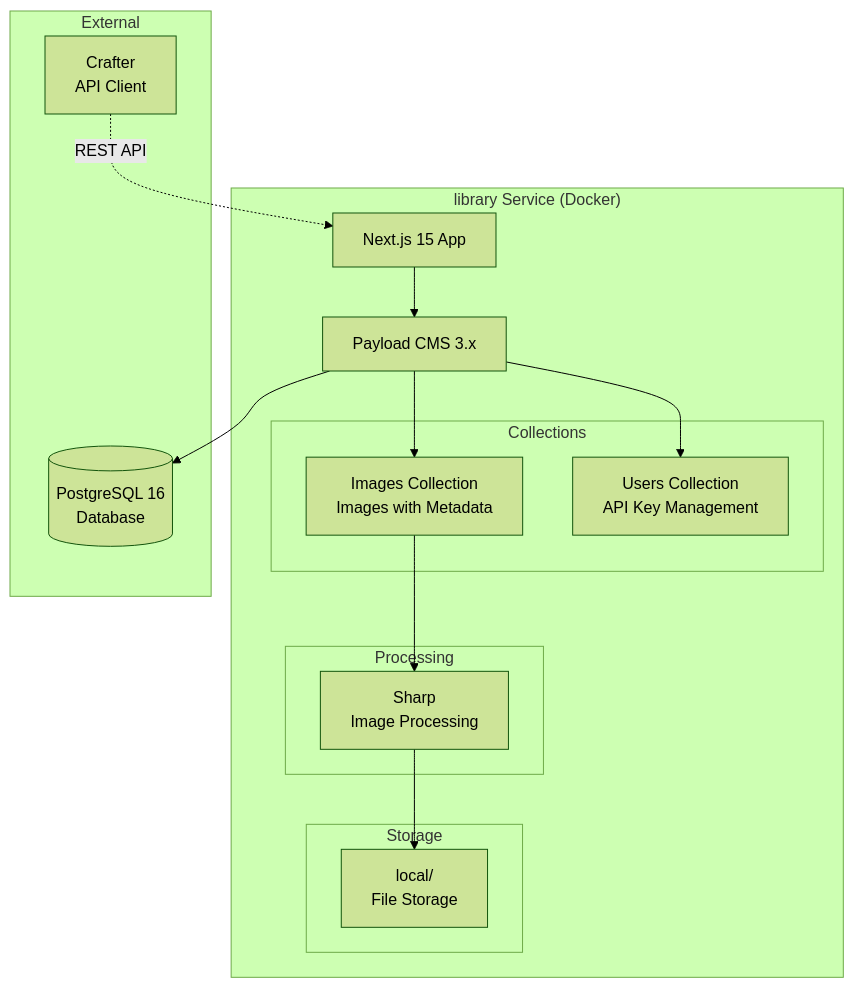
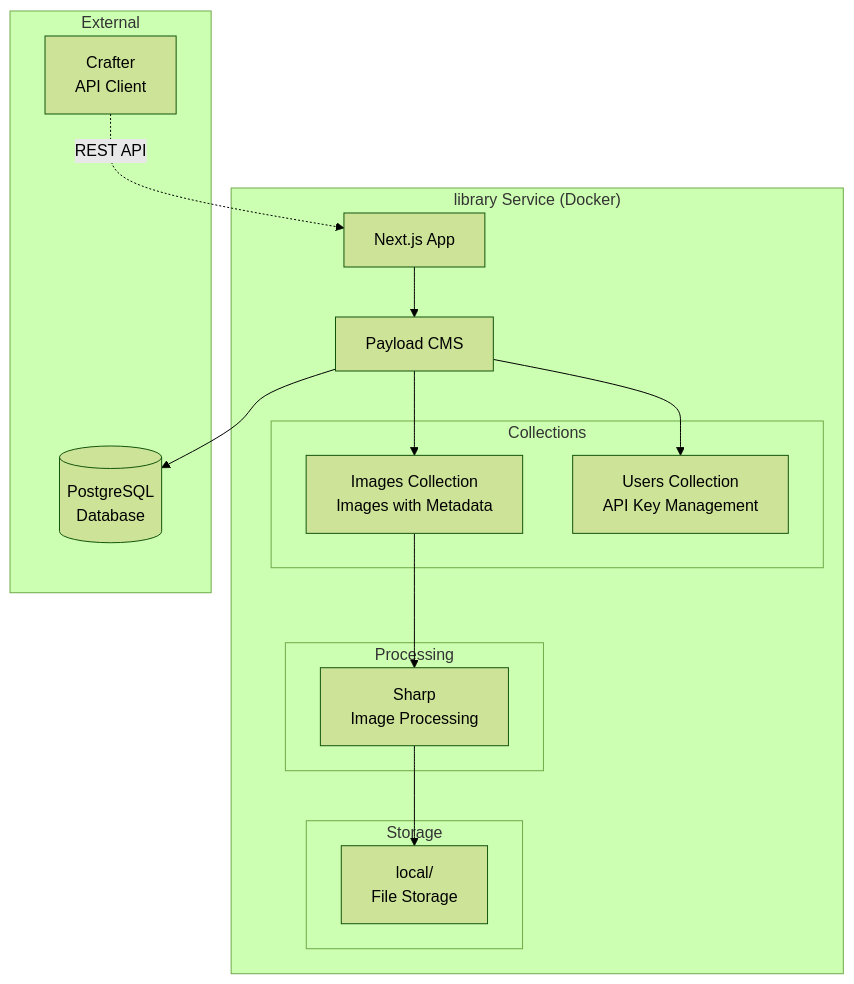
Before and after one commit to mainzcript/ujl: the fifth of 6 diagrams in apps/docs/src/arc42/05-building-block-view.md, drawn with Mermaid (forest theme). The commit also changed other lines of this file and 6 other files, not shown here.

````diff
--- a/apps/docs/src/arc42/05-building-block-view.md
+++ b/apps/docs/src/arc42/05-building-block-view.md
@@ -916,35 +916,35 @@
 ```mermaid
 graph TB
     subgraph "library Service (Docker)"
-        NextApp[Next.js 15 App]
-        PayloadCMS[Payload CMS 3.x]
+        NextApp[Next.js App]
+        PayloadCMS[Payload CMS]
 
         subgraph "Collections"
             ImagesCollection[Images Collection<br/>Images with Metadata]
             UsersCollection[Users Collection<br/>API Key Management]
         end
 
         subgraph "Storage"
             LocalStorage[local/<br/>File Storage]
         end
 
         subgraph "Processing"
             Sharp[Sharp<br/>Image Processing]
         end
     end
 
 	    subgraph "External"
-	        PostgreSQL[(PostgreSQL 16<br/>Database)]
+	        PostgreSQL[(PostgreSQL<br/>Database)]
 	        Crafter[Crafter<br/>API Client]
 	    end
 
     NextApp --> PayloadCMS
     PayloadCMS --> ImagesCollection
     PayloadCMS --> UsersCollection
     PayloadCMS --> PostgreSQL
 
     ImagesCollection --> Sharp
     Sharp --> LocalStorage
 
     Crafter -.->|REST API| NextApp
 ```
````
